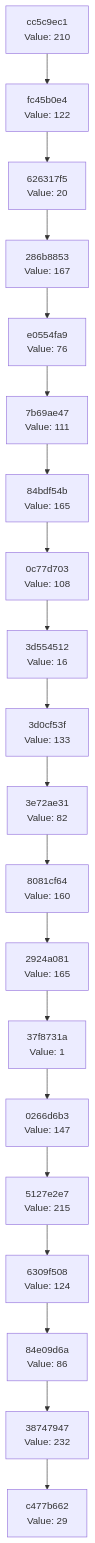
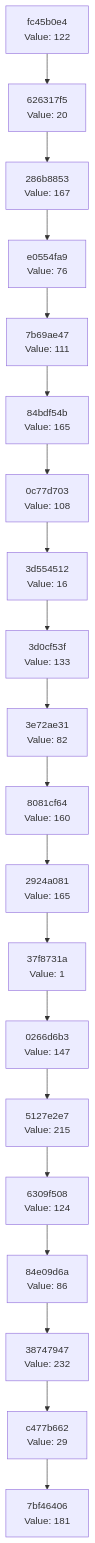
Before and after one commit to Abhisheksinha1506/hash-chain-evolver: the diagram in docs/CHAIN_VISUALIZATION.md, drawn with Mermaid. The commit also changed 1 other file, not shown here.

Commit message:
Evolution step: hash 0xB5 → action executed

````diff
--- a/docs/CHAIN_VISUALIZATION.md
+++ b/docs/CHAIN_VISUALIZATION.md
@@ -3,42 +3,42 @@
 ```mermaid
 graph TD
-    C0["c477b662<br/>Value: 29"]
-    C1["38747947<br/>Value: 232"]
+    C0["7bf46406<br/>Value: 181"]
+    C1["c477b662<br/>Value: 29"]
     C1 --> C0
-    C2["84e09d6a<br/>Value: 86"]
+    C2["38747947<br/>Value: 232"]
     C2 --> C1
-    C3["6309f508<br/>Value: 124"]
+    C3["84e09d6a<br/>Value: 86"]
     C3 --> C2
-    C4["5127e2e7<br/>Value: 215"]
+    C4["6309f508<br/>Value: 124"]
     C4 --> C3
-    C5["0266d6b3<br/>Value: 147"]
+    C5["5127e2e7<br/>Value: 215"]
     C5 --> C4
-    C6["37f8731a<br/>Value: 1"]
+    C6["0266d6b3<br/>Value: 147"]
     C6 --> C5
-    C7["2924a081<br/>Value: 165"]
+    C7["37f8731a<br/>Value: 1"]
     C7 --> C6
-    C8["8081cf64<br/>Value: 160"]
+    C8["2924a081<br/>Value: 165"]
     C8 --> C7
-    C9["3e72ae31<br/>Value: 82"]
+    C9["8081cf64<br/>Value: 160"]
     C9 --> C8
-    C10["3d0cf53f<br/>Value: 133"]
+    C10["3e72ae31<br/>Value: 82"]
     C10 --> C9
-    C11["3d554512<br/>Value: 16"]
+    C11["3d0cf53f<br/>Value: 133"]
     C11 --> C10
-    C12["0c77d703<br/>Value: 108"]
+    C12["3d554512<br/>Value: 16"]
     C12 --> C11
-    C13["84bdf54b<br/>Value: 165"]
+    C13["0c77d703<br/>Value: 108"]
     C13 --> C12
-    C14["7b69ae47<br/>Value: 111"]
+    C14["84bdf54b<br/>Value: 165"]
     C14 --> C13
-    C15["e0554fa9<br/>Value: 76"]
+    C15["7b69ae47<br/>Value: 111"]
     C15 --> C14
-    C16["286b8853<br/>Value: 167"]
+    C16["e0554fa9<br/>Value: 76"]
     C16 --> C15
-    C17["626317f5<br/>Value: 20"]
+    C17["286b8853<br/>Value: 167"]
     C17 --> C16
-    C18["fc45b0e4<br/>Value: 122"]
+    C18["626317f5<br/>Value: 20"]
     C18 --> C17
-    C19["cc5c9ec1<br/>Value: 210"]
+    C19["fc45b0e4<br/>Value: 122"]
     C19 --> C18
 ```
````
